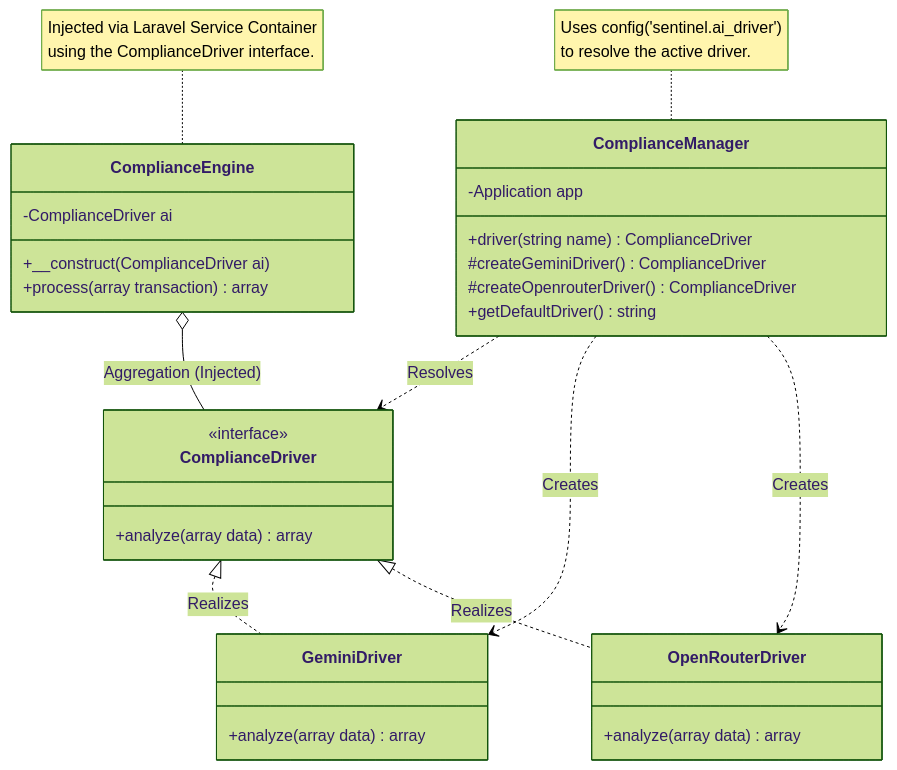
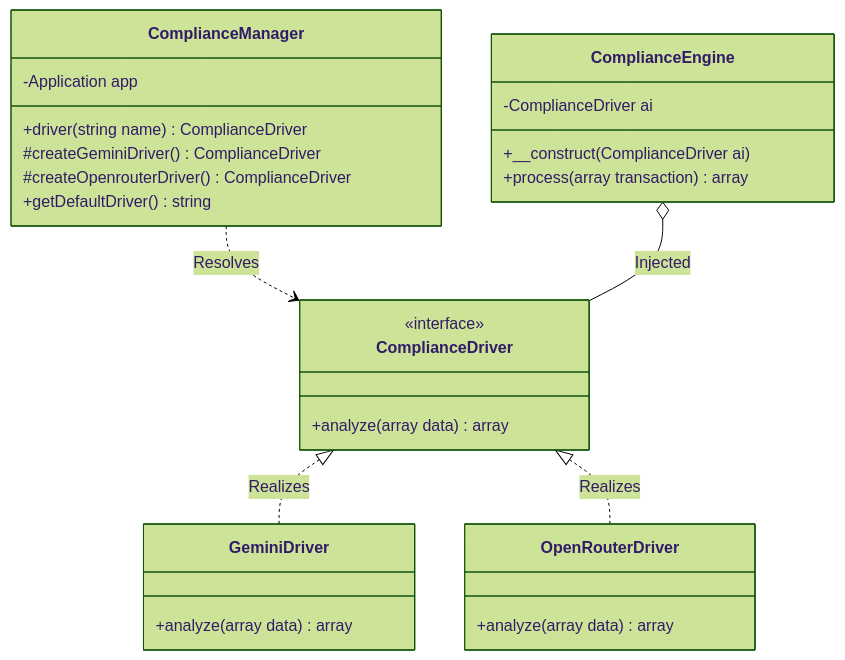
Before and after one commit to obrienma/sentinel-l7: the fourth of 5 diagrams in README.md, drawn with Mermaid (forest theme). The commit also changed other lines of this file, not shown here.

````diff
--- a/README.md
+++ b/README.md
@@ -193,49 +147,36 @@
 ```mermaid
 classDiagram
     direction TB
 
-    %% Interface Definition
     class ComplianceDriver {
         <<interface>>
         +analyze(array data) array
     }
 
-    %% Concrete Strategies
     class GeminiDriver {
         +analyze(array data) array
     }
 
     class OpenRouterDriver {
         +analyze(array data) array
     }
 
-    %% The Manager (Context)
     class ComplianceManager {
         -Application app
         +driver(string name) ComplianceDriver
         #createGeminiDriver() ComplianceDriver
         #createOpenrouterDriver() ComplianceDriver
         +getDefaultDriver() string
     }
 
-    %% The Consumer/Client
     class ComplianceEngine {
         -ComplianceDriver ai
         +__construct(ComplianceDriver ai)
         +process(array transaction) array
     }
 
-    %% Relationships
     ComplianceDriver <|.. GeminiDriver : Realizes
     ComplianceDriver <|.. OpenRouterDriver : Realizes
-
     ComplianceManager ..> ComplianceDriver : Resolves
-    ComplianceManager ..> GeminiDriver : Creates
-    ComplianceManager ..> OpenRouterDriver : Creates
-
-    ComplianceEngine o-- ComplianceDriver : Aggregation (Injected)
-
-    %% Notes
-    note for ComplianceManager "Uses config('sentinel.ai_driver')<br/>to resolve the active driver."
-    note for ComplianceEngine "Injected via Laravel Service Container<br/>using the ComplianceDriver interface."
+    ComplianceEngine o-- ComplianceDriver : Injected
 ```
````
